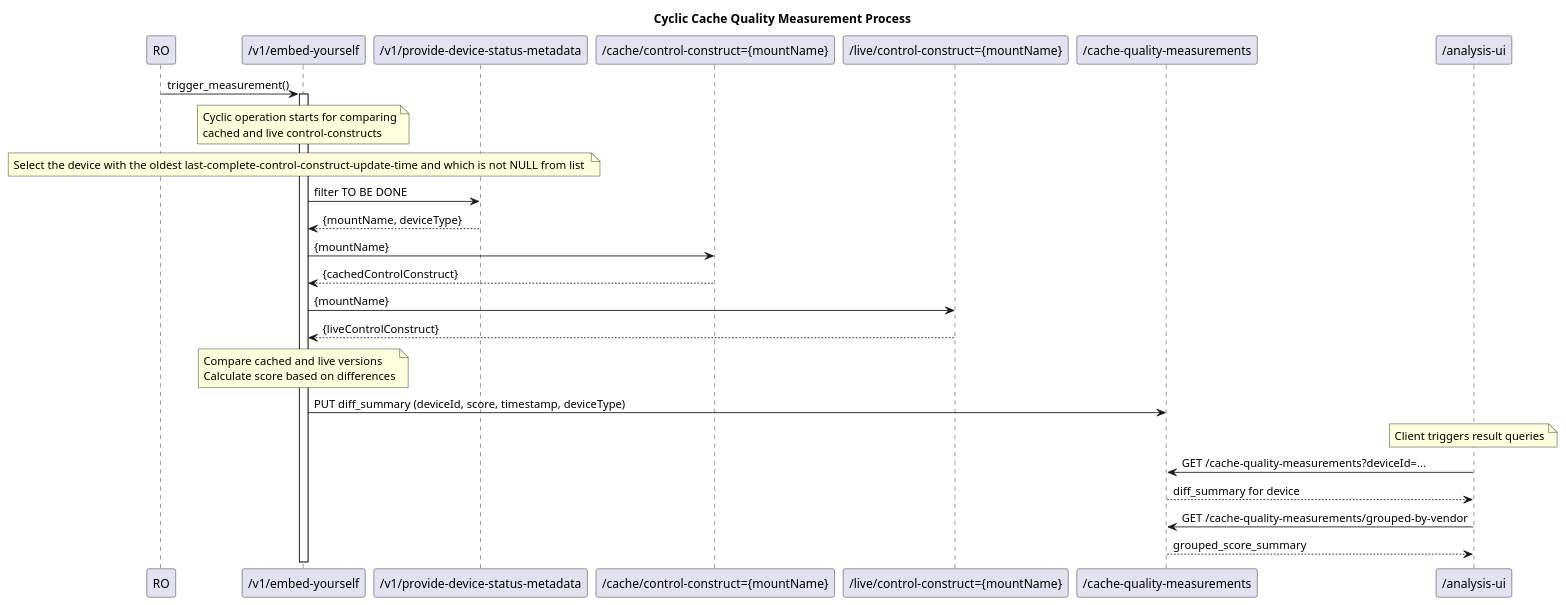
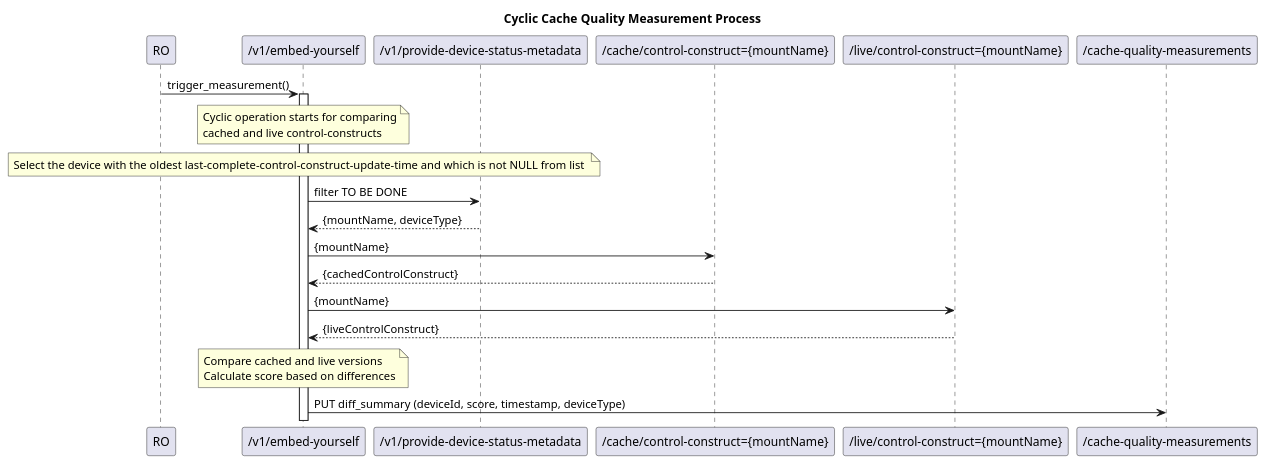
One commit to defney/MicroWaveDeviceInventory changed the diagram in spec/_Defne wip/diagrams/CacheQualityMeasurementProcess.plantuml. Above: the diagram before and after it, drawn with PlantUML. The commit also changed 3 other files, not shown here.

```diff
--- a/spec/_Defne wip/diagrams/CacheQualityMeasurementProcess.plantuml
+++ b/spec/_Defne wip/diagrams/CacheQualityMeasurementProcess.plantuml
@@ -1,54 +1,43 @@
 @startuml 01x_CyclicCacheQualityMeasurement
 skinparam responseMessageBelowArrow true
 
 title Cyclic Cache Quality Measurement Process
 
 participant RO as ro
 participant "/v1/embed-yourself" as mwdi
 participant "/v1/provide-device-status-metadata" as metadata
 participant "/cache/control-construct={mountName}" as cache
 participant "/live/control-construct={mountName}" as live
 participant "/cache-quality-measurements" as store
-participant "/analysis-ui" as client
 
 ro -> mwdi : trigger_measurement()
 activate mwdi
 
 note over mwdi
 Cyclic operation starts for comparing
 cached and live control-constructs
 end note
 
 note over mwdi
 Select the device with the oldest last-complete-control-construct-update-time and which is not NULL from list 
 end note
 
 mwdi -> metadata : filter TO BE DONE
 metadata --> mwdi : {mountName, deviceType}
 
 mwdi -> cache : {mountName}
 cache --> mwdi : {cachedControlConstruct}
 
 
 mwdi -> live : {mountName}
 live --> mwdi :  {liveControlConstruct}
 
 note over mwdi
 Compare cached and live versions
 Calculate score based on differences
 end note
 
 mwdi -> store : PUT diff_summary (deviceId, score, timestamp, deviceType)
 
 
-note over client
-Client triggers result queries
-end note
-
-client -> store : GET /cache-quality-measurements?deviceId=...
-store --> client : diff_summary for device
-
-client -> store : GET /cache-quality-measurements/grouped-by-vendor
-store --> client : grouped_score_summary
-
 @enduml
```
